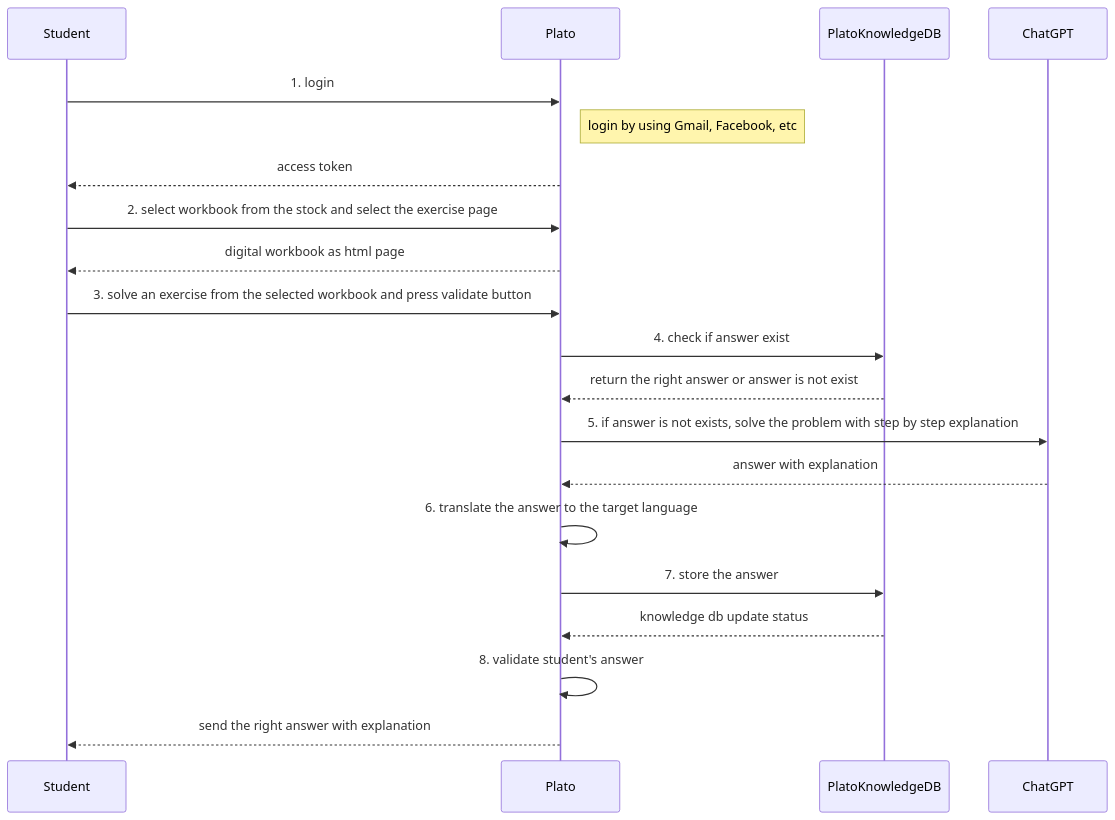
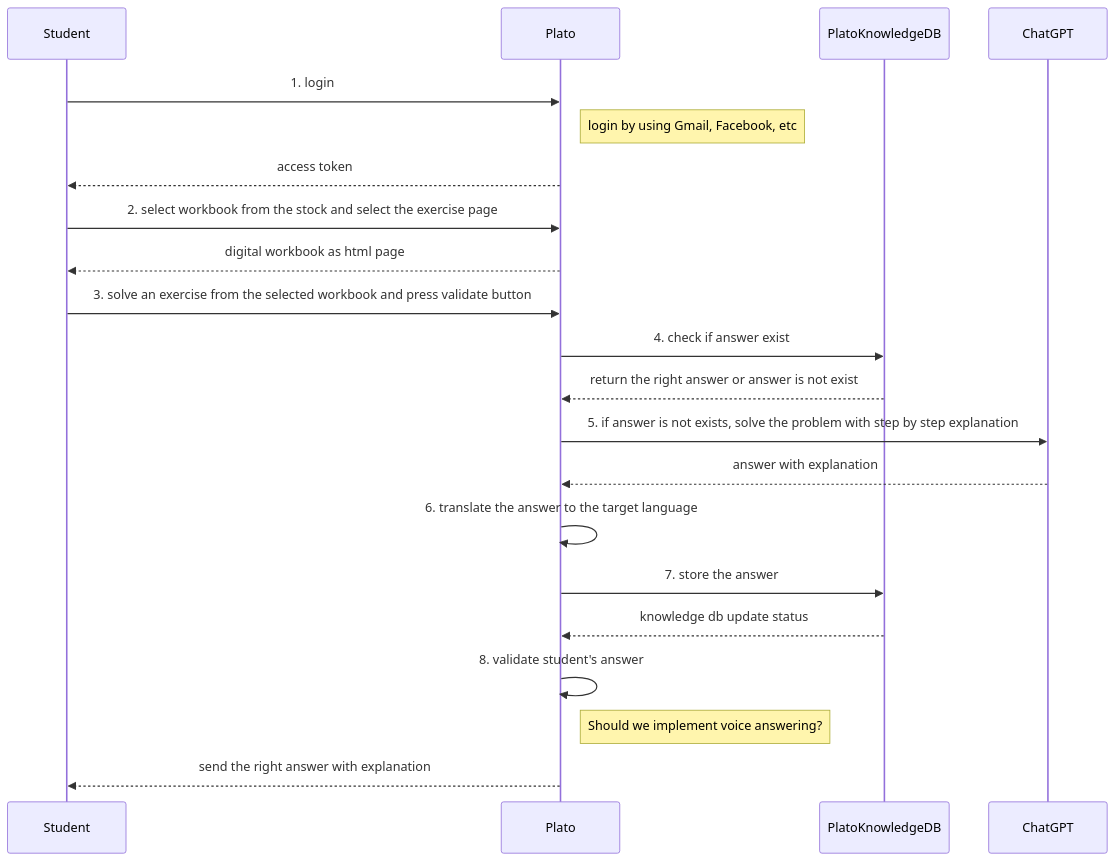
Before and after one commit to dimastatz/plato: the second of 2 diagrams in docs/design.md, drawn with Mermaid.

````diff
--- a/docs/design.md
+++ b/docs/design.md
@@ -62,25 +62,27 @@
 ```mermaid
 sequenceDiagram
 
 Student->>Plato: 1. login
 Note right of Plato: login by using Gmail, Facebook, etc 
 Plato-->>Student: access token
 
 Student->>Plato: 2. select workbook from the stock and select the exercise page
 Plato-->>Student: digital workbook as html page 
 
 Student->>Plato: 3. solve an exercise from the selected workbook and press validate button
 
 Plato->>PlatoKnowledgeDB: 4. check if answer exist
 PlatoKnowledgeDB-->>Plato: return the right answer or answer is not exist
 
 Plato->>ChatGPT: 5. if answer is not exists, solve the problem with step by step explanation 
 ChatGPT-->>Plato: answer with explanation
 
 Plato->>Plato: 6. translate the answer to the target language
 Plato->>PlatoKnowledgeDB: 7. store the answer
 PlatoKnowledgeDB-->>Plato: knowledge db update status
 
 Plato->>Plato: 8. validate student's answer
+Note right of Plato: Should we implement voice answering?
+
 Plato-->>Student: send the right answer with explanation
 ```
````
